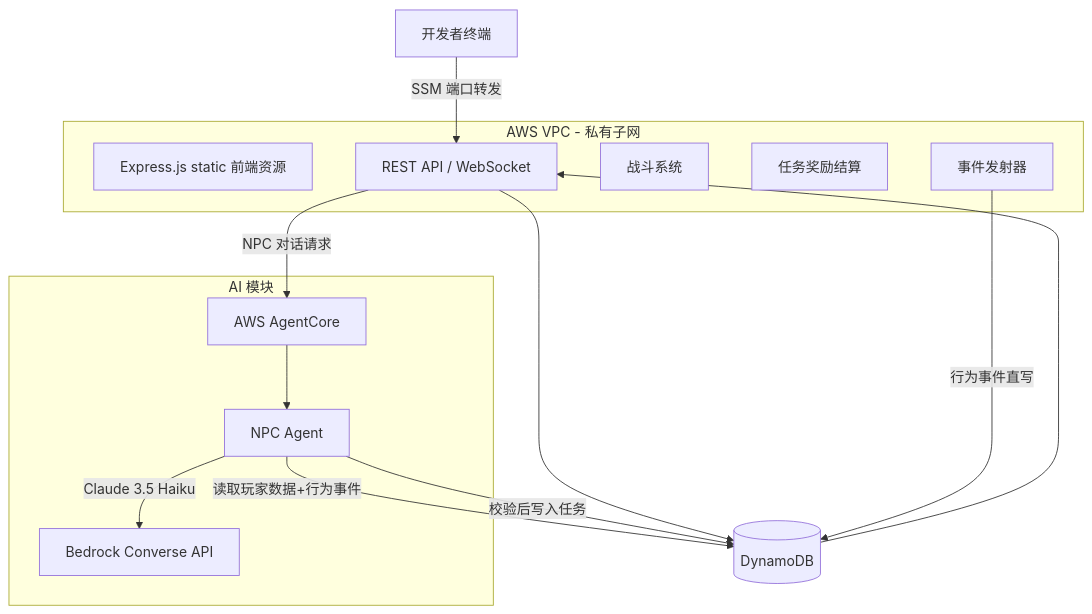
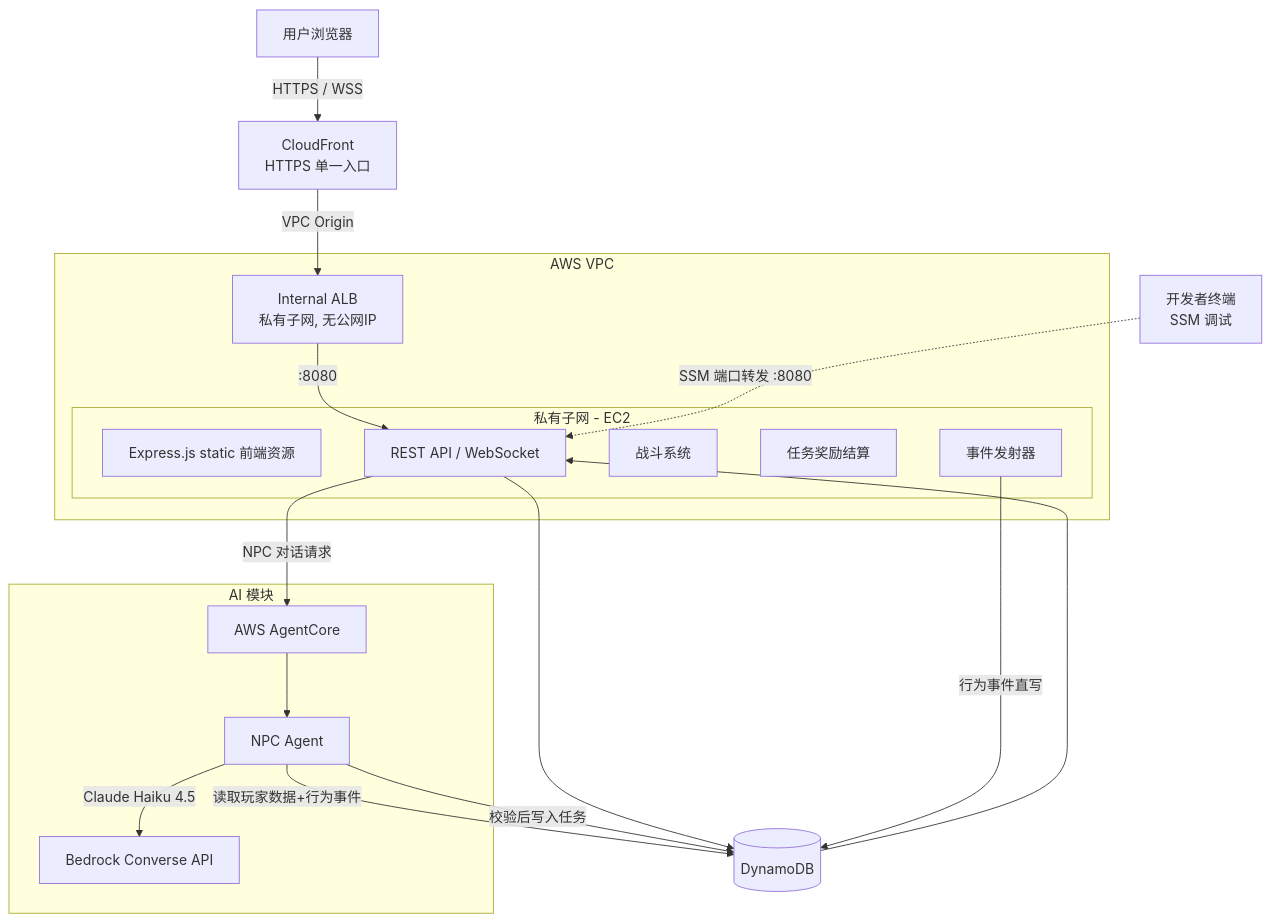
The second of 10 diagrams in design.md (malphi/game-demo), drawn with Mermaid before and after one commit. The commit also changed other lines of this file and 6 other files, not shown here.

````diff
--- a/design.md
+++ b/design.md
@@ -311,30 +311,38 @@
 ```mermaid
 graph TB
-    DEV[开发者终端]
+    USER[用户浏览器]
+    CF[CloudFront<br/>HTTPS 单一入口]
+    DEV[开发者终端<br/>SSM 调试]
 
-    subgraph VPC [AWS VPC - 私有子网]
-        STATIC[Express.js static 前端资源]
-        API[REST API / WebSocket]
-        BT[战斗系统]
-        TK[任务奖励结算]
-        EE[事件发射器]
+    subgraph VPC [AWS VPC]
+        ALB[Internal ALB<br/>私有子网, 无公网IP]
+        subgraph PRIV [私有子网 - EC2]
+            STATIC[Express.js static 前端资源]
+            API[REST API / WebSocket]
+            BT[战斗系统]
+            TK[任务奖励结算]
+            EE[事件发射器]
+        end
     end
 
     subgraph AIModule [AI 模块]
         AC[AWS AgentCore]
         SA[NPC Agent]
         BR[Bedrock Converse API]
     end
 
     DDB[(DynamoDB)]
 
-    DEV -->|SSM 端口转发| API
+    USER -->|HTTPS / WSS| CF
+    CF -->|VPC Origin| ALB
+    ALB -->|:8080| API
+    DEV -.->|SSM 端口转发 :8080| API
     API --> DDB
     DDB --> API
     EE -->|行为事件直写| DDB
     API -->|NPC 对话请求| AC
     AC --> SA
-    SA -->|Claude 3.5 Haiku| BR
+    SA -->|Claude Haiku 4.5| BR
     SA -->|读取玩家数据+行为事件| DDB
     SA -->|校验后写入任务| DDB
 ```
````
